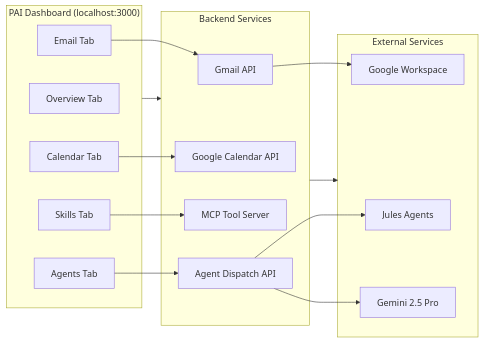
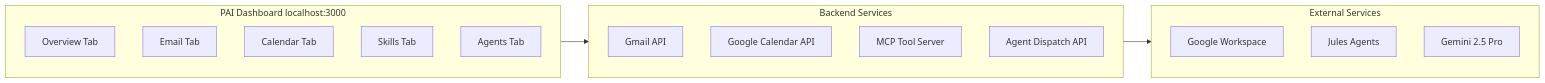
Before and after one commit to docxology/codomyrmex: the seventh of 7 diagrams in .github/README.md, drawn with Mermaid. The commit also changed other lines of this file and 1 other file, not shown here.

````diff
--- a/.github/README.md
+++ b/.github/README.md
@@ -607,33 +569,26 @@
 ```mermaid
 graph LR
-    subgraph Dashboard["PAI Dashboard (localhost:3000)"]
+    subgraph Dashboard["PAI Dashboard localhost:3000"]
         Overview["Overview Tab"]
         EmailTab["Email Tab"]
         CalendarTab["Calendar Tab"]
         SkillsTab["Skills Tab"]
         AgentsTab["Agents Tab"]
     end
 
     subgraph Backend["Backend Services"]
         Gmail["Gmail API"]
         GCal["Google Calendar API"]
         MCP2["MCP Tool Server"]
         AgentAPI["Agent Dispatch API"]
     end
 
     subgraph External["External Services"]
         Google["Google Workspace"]
         Jules2["Jules Agents"]
         Gemini["Gemini 2.5 Pro"]
     end
 
     Dashboard --> Backend
     Backend --> External
-    EmailTab --> Gmail
-    CalendarTab --> GCal
-    SkillsTab --> MCP2
-    AgentsTab --> AgentAPI
-    Gmail --> Google
-    AgentAPI --> Jules2
-    AgentAPI --> Gemini
 ```
````
